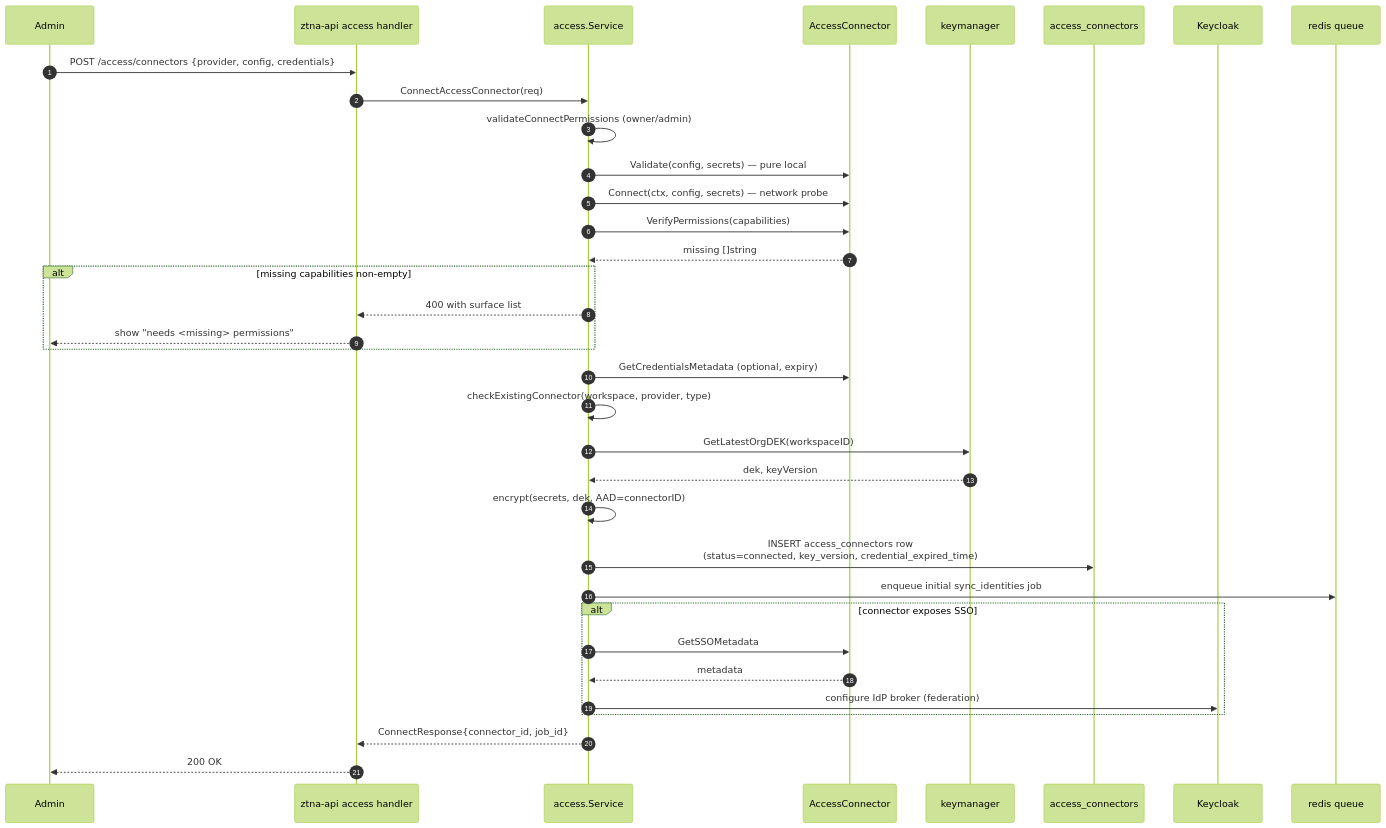
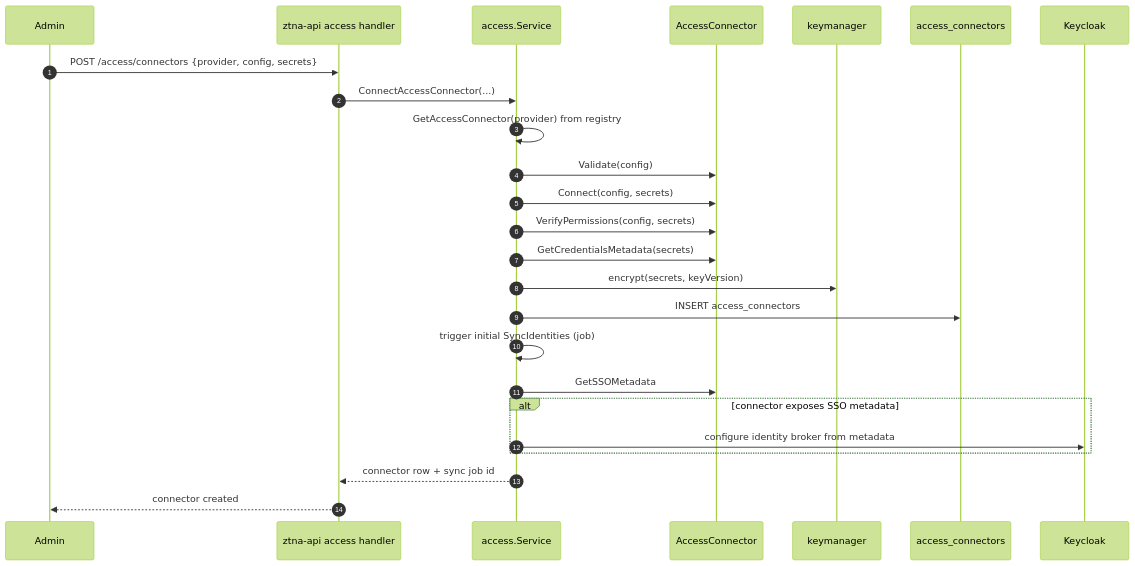
Before and after one commit to kennguy3n/cautious-fishstick: the second of 9 diagrams in docs/ARCHITECTURE.md, drawn with Mermaid (forest theme). The commit also changed other lines of this file and 5 other files, not shown here.

````diff
--- a/docs/ARCHITECTURE.md
+++ b/docs/ARCHITECTURE.md
@@ -386,38 +119,28 @@
 ```mermaid
 sequenceDiagram
     autonumber
     participant Admin as Admin
     participant API as ztna-api access handler
     participant SVC as access.Service
     participant CON as AccessConnector
     participant KM as keymanager
     participant DB as access_connectors
     participant KC as Keycloak
-    participant Q as redis queue
 
-    Admin->>API: POST /access/connectors {provider, config, credentials}
-    API->>SVC: ConnectAccessConnector(req)
-    SVC->>SVC: validateConnectPermissions (owner/admin)
-    SVC->>CON: Validate(config, secrets) — pure local
-    SVC->>CON: Connect(ctx, config, secrets) — network probe
-    SVC->>CON: VerifyPermissions(capabilities)
-    CON-->>SVC: missing []string
-    alt missing capabilities non-empty
-        SVC-->>API: 400 with surface list
-        API-->>Admin: show "needs <missing> permissions"
+    Admin->>API: POST /access/connectors {provider, config, secrets}
+    API->>SVC: ConnectAccessConnector(...)
+    SVC->>SVC: GetAccessConnector(provider) from registry
+    SVC->>CON: Validate(config)
+    SVC->>CON: Connect(config, secrets)
+    SVC->>CON: VerifyPermissions(config, secrets)
+    SVC->>CON: GetCredentialsMetadata(secrets)
+    SVC->>KM: encrypt(secrets, keyVersion)
+    SVC->>DB: INSERT access_connectors
+    SVC->>SVC: trigger initial SyncIdentities (job)
+    SVC->>CON: GetSSOMetadata
+    alt connector exposes SSO metadata
+        SVC->>KC: configure identity broker from metadata
     end
-    SVC->>CON: GetCredentialsMetadata (optional, expiry)
-    SVC->>SVC: checkExistingConnector(workspace, provider, type)
-    SVC->>KM: GetLatestOrgDEK(workspaceID)
-    KM-->>SVC: dek, keyVersion
-    SVC->>SVC: encrypt(secrets, dek, AAD=connectorID)
-    SVC->>DB: INSERT access_connectors row<br/>(status=connected, key_version, credential_expired_time)
-    SVC->>Q: enqueue initial sync_identities job
-    alt connector exposes SSO
-        SVC->>CON: GetSSOMetadata
-        CON-->>SVC: metadata
-        SVC->>KC: configure IdP broker (federation)
-    end
-    SVC-->>API: ConnectResponse{connector_id, job_id}
-    API-->>Admin: 200 OK
+    SVC-->>API: connector row + sync job id
+    API-->>Admin: connector created
 ```
````
